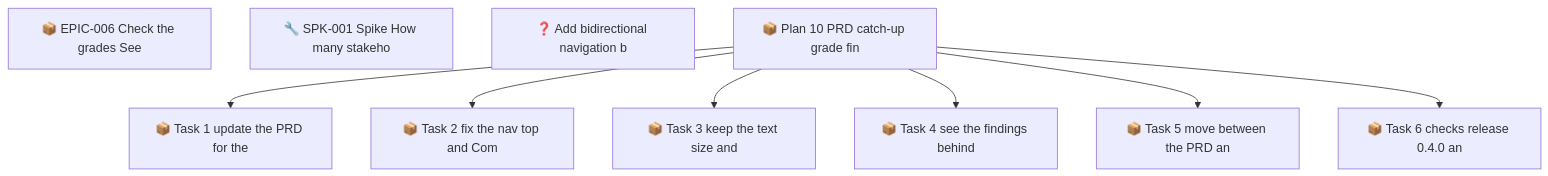
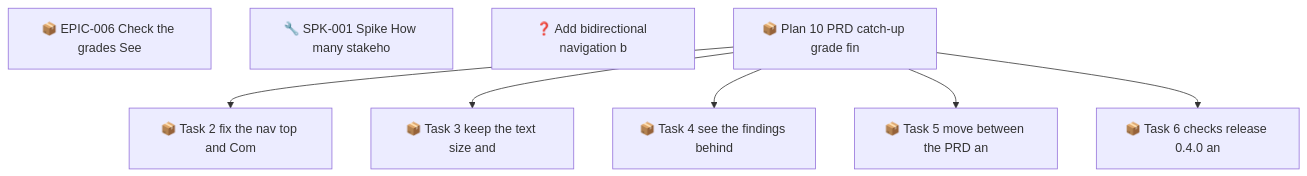
One commit to SpillwaveSolutions/prd-forge-viewer changed the second of 2 diagrams in docs/roadmap.md. Above: the diagram before and after it, drawn with Mermaid. The commit also changed other lines of this file and 64 other files, not shown here.

````diff
--- a/docs/roadmap.md
+++ b/docs/roadmap.md
@@ -94,19 +91,17 @@
 ```mermaid
 graph TD
     01M61XNM7GHPSJ1B96BCHA59ZE["📦 EPIC-006 Check the grades See"]
     01M61XNM9NY7F4D4V7400J56X9["🔧 SPK-001 Spike How many stakeho"]
     01M67NFZH5C1HWH4SBC22ZVXMS["❓ Add bidirectional navigation b"]
     01M67NH4X4JGDJB233B670SJFF["📦 Plan 10 PRD catch-up grade fin"]
-    01M67NH4XPWE52APES54MYFEV2["📦 Task 1 update the PRD for the"]
     01M67NH4XPWE52APES54MYFEV4["📦 Task 2 fix the nav top and Com"]
     01M67NH4XPWE52APES54MYFEV6["📦 Task 3 keep the text size and"]
     01M67NH4XPWE52APES54MYFEV8["📦 Task 4 see the findings behind"]
     01M67NH4XPWE52APES54MYFEVA["📦 Task 5 move between the PRD an"]
     01M67NH4XPWE52APES54MYFEVC["📦 Task 6 checks release 0.4.0 an"]
-    01M67NH4X4JGDJB233B670SJFF --> 01M67NH4XPWE52APES54MYFEV2
     01M67NH4X4JGDJB233B670SJFF --> 01M67NH4XPWE52APES54MYFEV4
     01M67NH4X4JGDJB233B670SJFF --> 01M67NH4XPWE52APES54MYFEV6
     01M67NH4X4JGDJB233B670SJFF --> 01M67NH4XPWE52APES54MYFEV8
     01M67NH4X4JGDJB233B670SJFF --> 01M67NH4XPWE52APES54MYFEVA
     01M67NH4X4JGDJB233B670SJFF --> 01M67NH4XPWE52APES54MYFEVC
 ```
````
